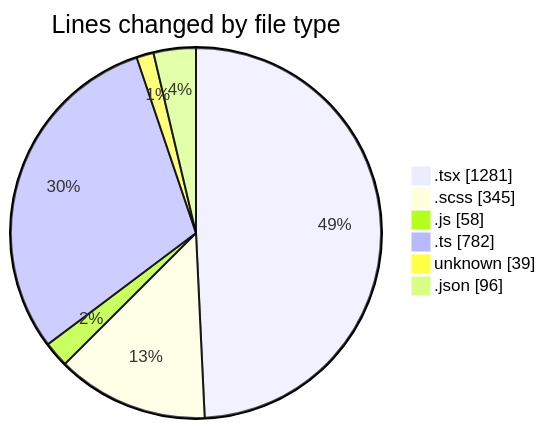
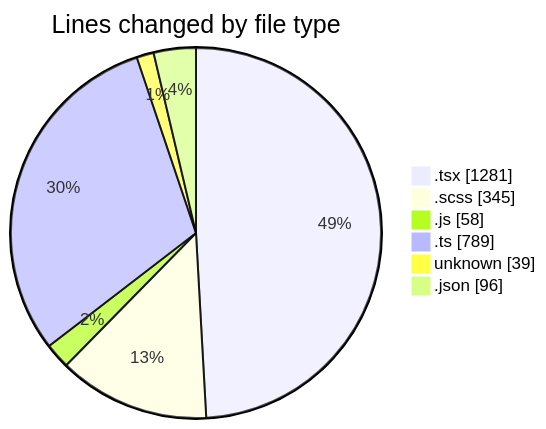
The first of 2 diagrams in 2025-05-02/cda/README.md (momahboobian/code-tracking), drawn with Mermaid before and after one commit. The commit also changed other lines of this file and 1 other file, not shown here.

````diff
--- a/2025-05-02/cda/README.md
+++ b/2025-05-02/cda/README.md
@@ -36,10 +36,10 @@
 ```mermaid
 pie showData
 title Lines changed by file type
 ".tsx" : 1281
 ".scss" : 345
 ".js" : 58
-".ts" : 782
+".ts" : 789
 "unknown" : 39
 ".json" : 96
 ```
````
